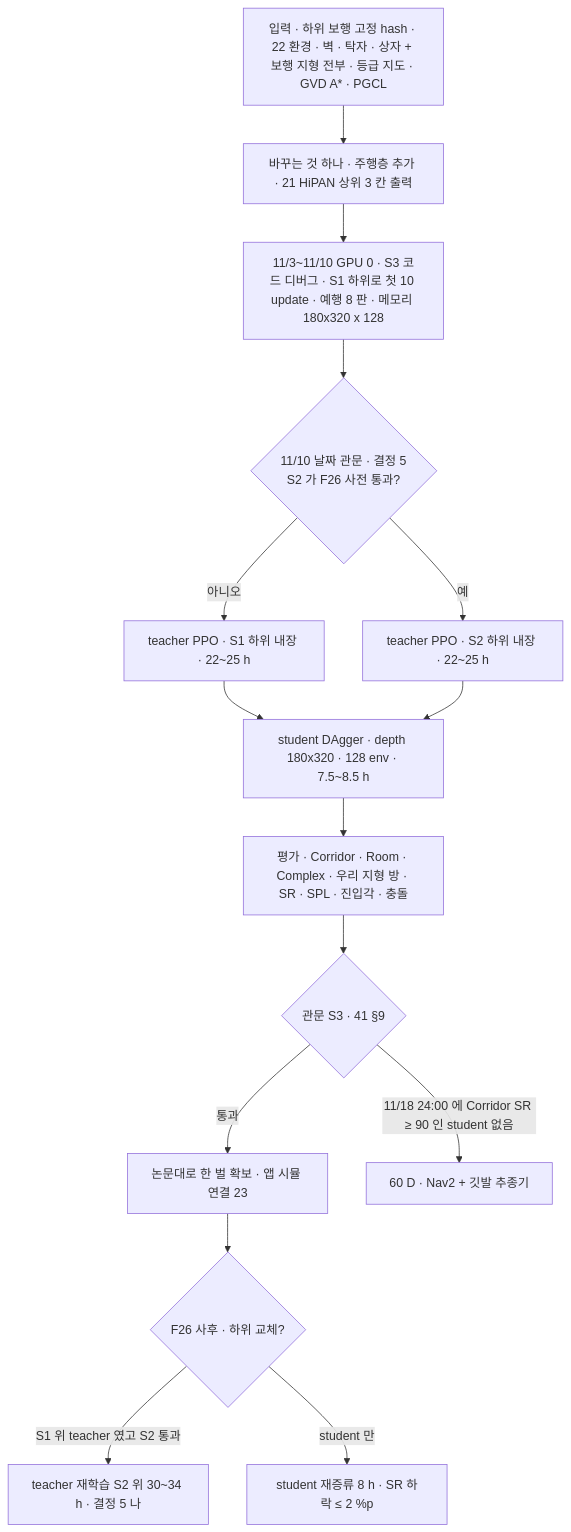
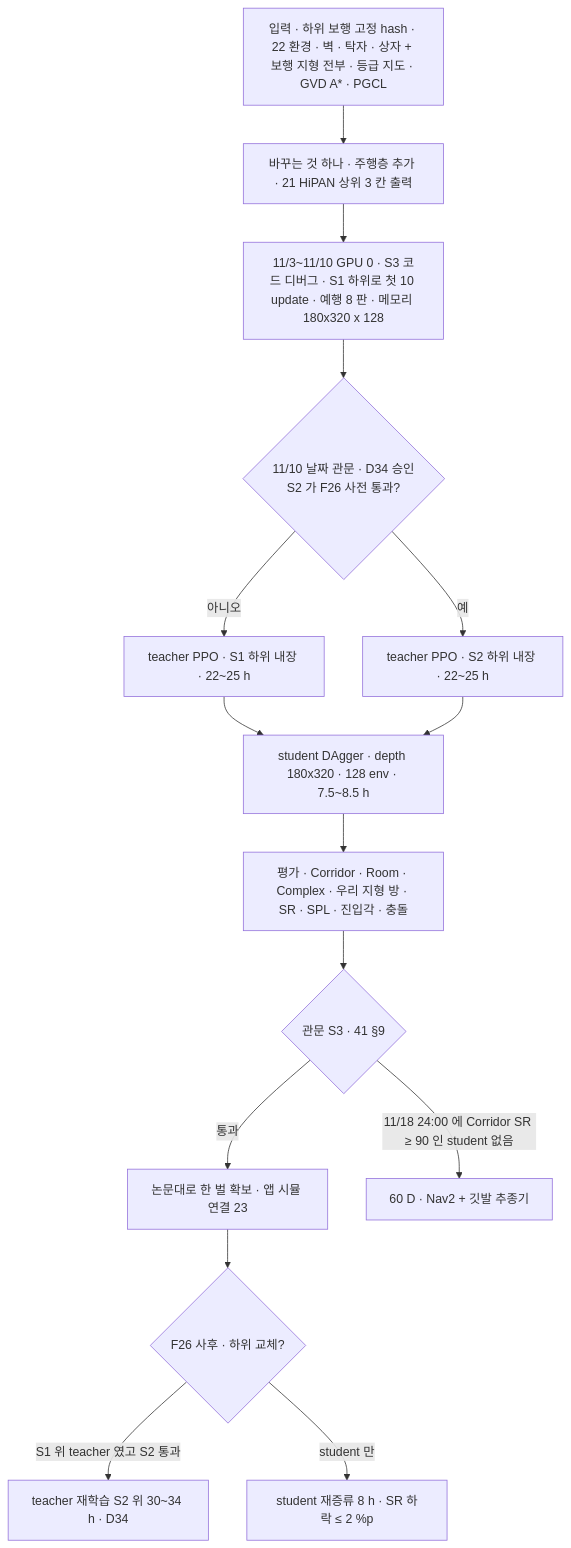
One commit to foothold-project/foothold-lab changed the diagram in inbox/jay/20261019-design/54-S3-NAV.md. Above: the diagram before and after it, drawn with Mermaid. The commit also changed other lines of this file and 23 other files, not shown here.

````diff
--- a/inbox/jay/20261019-design/54-S3-NAV.md
+++ b/inbox/jay/20261019-design/54-S3-NAV.md
@@ -15,17 +15,17 @@
 ```mermaid
 flowchart TB
   IN[입력 · 하위 보행 고정 hash · 22 환경 · 벽 · 탁자 · 상자 + 보행 지형 전부 · 등급 지도 · GVD A* · PGCL] --> CH[바꾸는 것 하나 · 주행층 추가 · 21 HiPAN 상위 3 칸 출력]
   CH --> DBG[11/3~11/10 GPU 0 · S3 코드 디버그 · S1 하위로 첫 10 update · 예행 8 판 · 메모리 180x320 x 128]
-  DBG --> SEL{11/10 날짜 관문 · 결정 5<br/>S2 가 F26 사전 통과?}
+  DBG --> SEL{11/10 날짜 관문 · D34 승인<br/>S2 가 F26 사전 통과?}
   SEL -->|예| T2[teacher PPO · S2 하위 내장 · 22~25 h]
   SEL -->|아니오| T1[teacher PPO · S1 하위 내장 · 22~25 h]
   T1 --> ST[student DAgger · depth 180x320 · 128 env · 7.5~8.5 h]
   T2 --> ST
   ST --> EV[평가 · Corridor · Room · Complex · 우리 지형 방 · SR · SPL · 진입각 · 충돌]
   EV --> G{관문 S3 · 41 §9}
   G -->|통과| ONE[논문대로 한 벌 확보 · 앱 시뮬 연결 23]
   G -->|11/18 24:00 에 Corridor SR ≥ 90 인 student 없음| D[60 D · Nav2 + 깃발 추종기]
   ONE --> SW{F26 사후 · 하위 교체?}
-  SW -->|S1 위 teacher 였고 S2 통과| RT[teacher 재학습 S2 위 30~34 h · 결정 5 나]
+  SW -->|S1 위 teacher 였고 S2 통과| RT[teacher 재학습 S2 위 30~34 h · D34]
   SW -->|student 만| RD[student 재증류 8 h · SR 하락 ≤ 2 %p]
 ```
````
